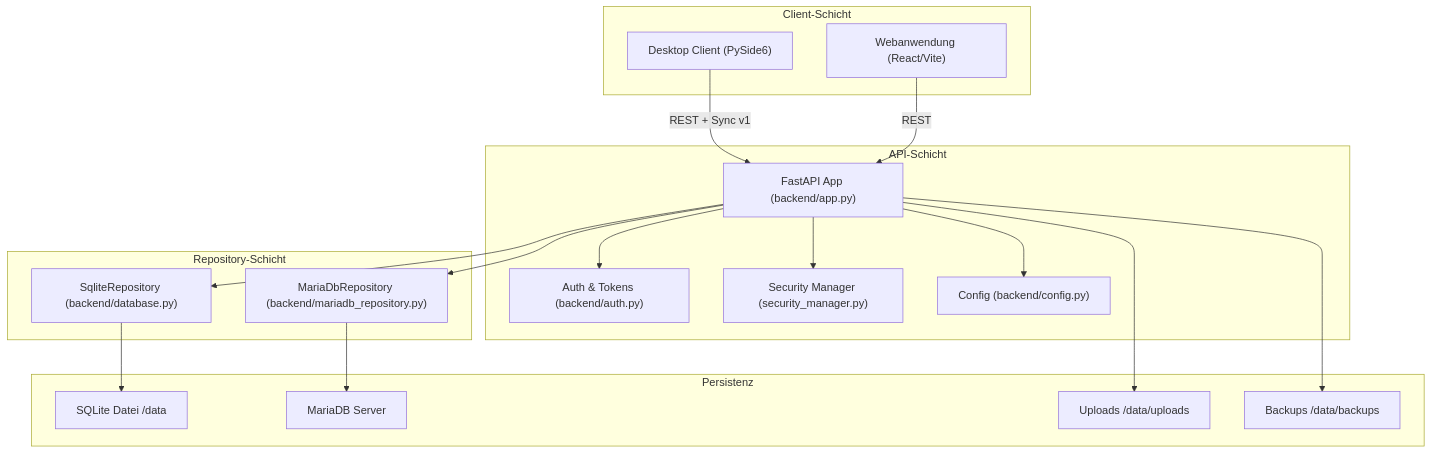
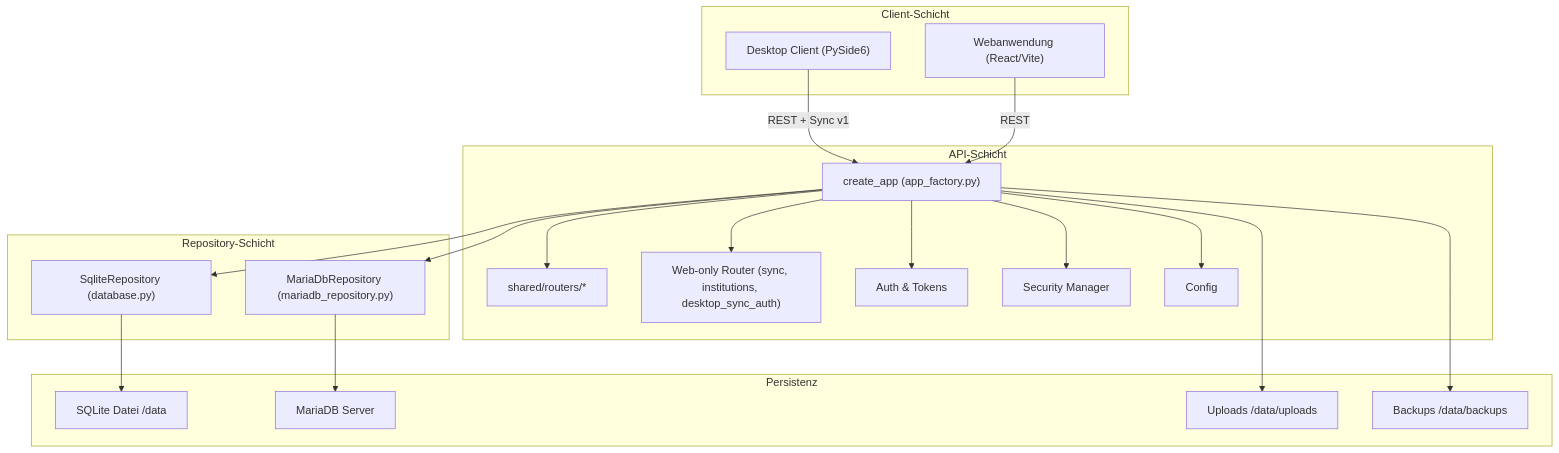
The first of 2 diagrams in docs/architecture/01-system-architecture.md (QuasiniusQuaks/nd-hub), drawn with Mermaid before and after one commit. The commit also changed other lines of this file and 77 other files, not shown here.

````diff
--- a/docs/architecture/01-system-architecture.md
+++ b/docs/architecture/01-system-architecture.md
@@ -20,38 +22,42 @@
 ```mermaid
 flowchart TB
     subgraph clientLayer["Client-Schicht"]
         desktopClient["Desktop Client (PySide6)"]
         webClient["Webanwendung (React/Vite)"]
     end
 
     subgraph apiLayer["API-Schicht"]
-        fastapiApp["FastAPI App (backend/app.py)"]
-        authMod["Auth & Tokens (backend/auth.py)"]
-        secMgr["Security Manager (security_manager.py)"]
-        configMod["Config (backend/config.py)"]
+        factory["create_app (app_factory.py)"]
+        sharedRouters["shared/routers/*"]
+        webOnly["Web-only Router (sync, institutions, desktop_sync_auth)"]
+        authMod["Auth & Tokens"]
+        secMgr["Security Manager"]
+        configMod["Config"]
     end
 
     subgraph repoLayer["Repository-Schicht"]
-        sqliteRepo["SqliteRepository (backend/database.py)"]
-        mariaRepo["MariaDbRepository (backend/mariadb_repository.py)"]
+        sqliteRepo["SqliteRepository (database.py)"]
+        mariaRepo["MariaDbRepository (mariadb_repository.py)"]
     end
 
     subgraph storageLayer["Persistenz"]
         sqliteFile["SQLite Datei /data"]
         mariadbServer["MariaDB Server"]
         attachments["Uploads /data/uploads"]
         backups["Backups /data/backups"]
     end
 
-    desktopClient -->|REST + Sync v1| fastapiApp
-    webClient -->|REST| fastapiApp
-    fastapiApp --> authMod
-    fastapiApp --> secMgr
-    fastapiApp --> configMod
-    fastapiApp --> sqliteRepo
-    fastapiApp --> mariaRepo
+    desktopClient -->|REST + Sync v1| factory
+    webClient -->|REST| factory
+    factory --> sharedRouters
+    factory --> webOnly
+    factory --> authMod
+    factory --> secMgr
+    factory --> configMod
+    factory --> sqliteRepo
+    factory --> mariaRepo
     sqliteRepo --> sqliteFile
     mariaRepo --> mariadbServer
-    fastapiApp --> attachments
-    fastapiApp --> backups
+    factory --> attachments
+    factory --> backups
 ```
````
